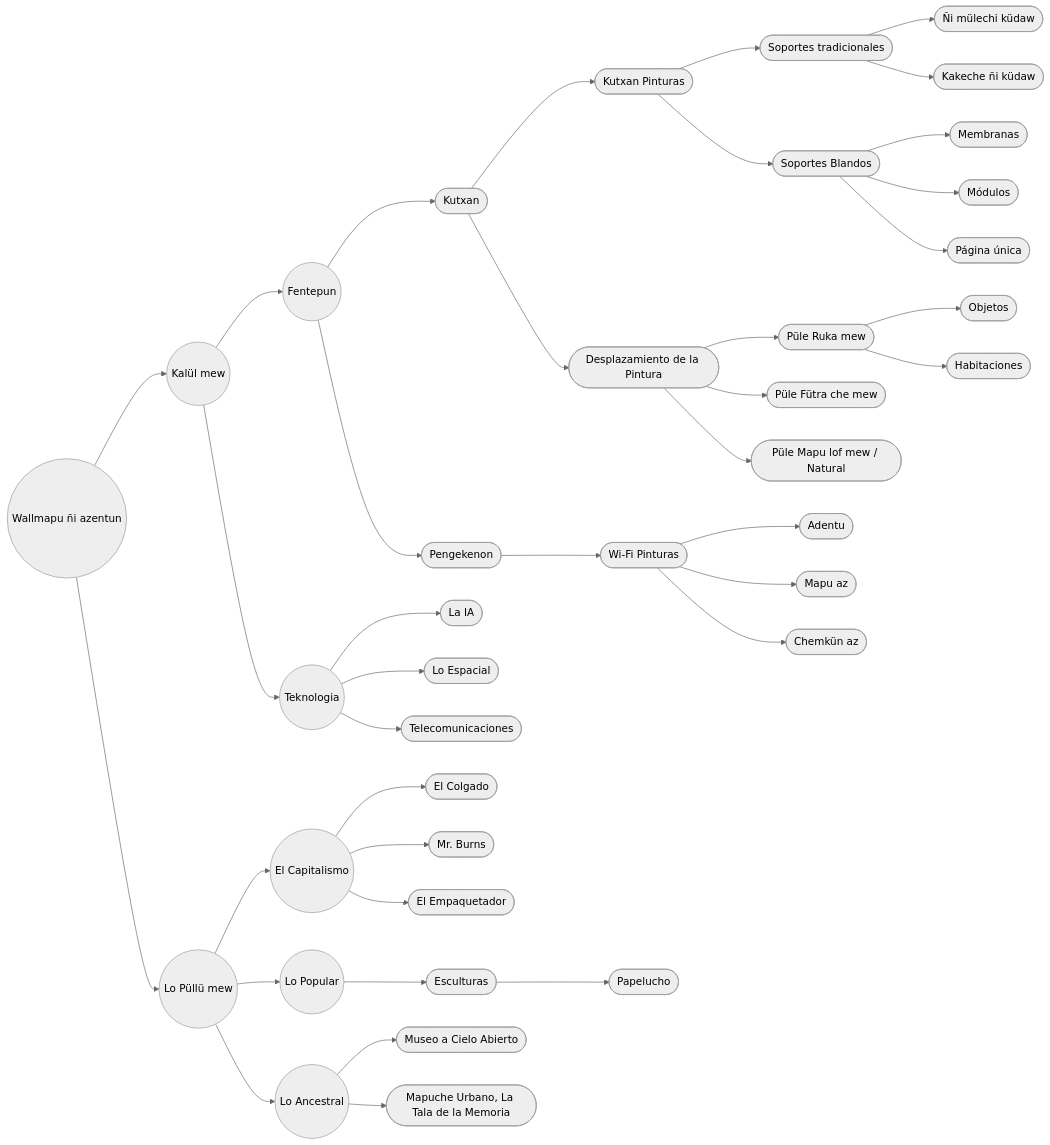
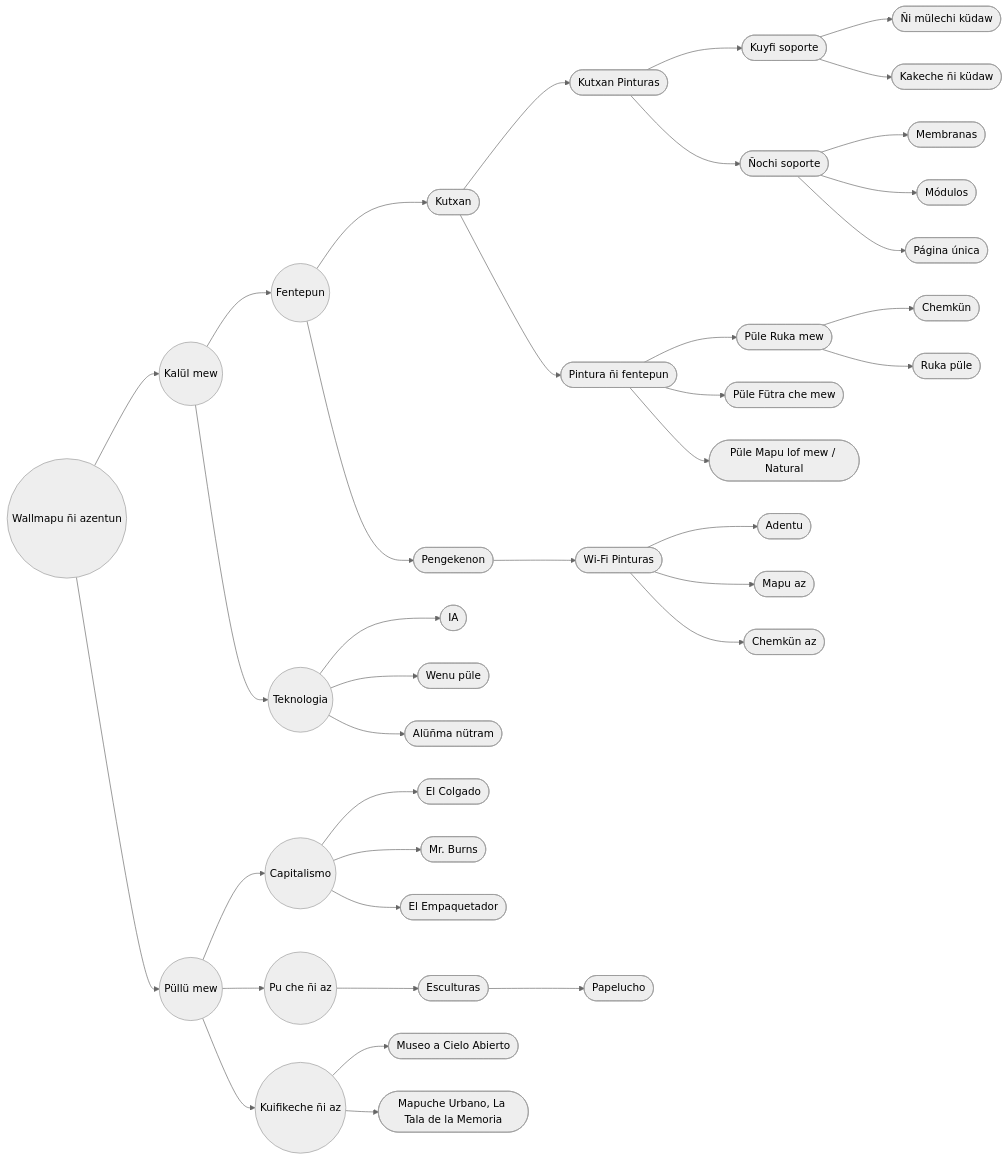
The first of 3 diagrams in MPD/diagrama.md (EGGS-Artesvisuales/EGGS-Artesvisuales.github.io), drawn with Mermaid (neutral theme) before and after one commit. The commit also changed other lines of this file and 9 other files, not shown here.

```diff
--- a/MPD/diagrama.md
+++ b/MPD/diagrama.md
@@ -26,13 +26,13 @@
 <div class="mermaid">
 graph LR
   A((Wallmapu ñi azentun)) --> A1((Kalül mew))
-  A --> A2((Lo Püllü mew))
+  A --> A2((Püllü mew))
 
   A1 --> A1a((Fentepun))
   A1a --> A1a1([Kutxan])
   A1a1 --> A1a1a([Kutxan Pinturas])
-  A1a1a --> A1a1a1([Soportes tradicionales])
-  A1a1a --> A1a1a2([Soportes Blandos])
+  A1a1a --> A1a1a1([Kuyfi soporte])
+  A1a1a --> A1a1a2([Ñochi soporte])
 
   %% HIJOS: Soportes tradicionales
   A1a1a1 --> ST_OP([Ñi mülechi küdaw])
@@ -43,14 +43,14 @@
   A1a1a2 --> SB_MOD([Módulos])
   A1a1a2 --> SB_PU([Página única])
 
-  A1a1 --> A1a1b([Desplazamiento de la Pintura])
+  A1a1 --> A1a1b([Pintura ñi fentepun])
   A1a1b --> A1a1b1([Püle Ruka mew])
   A1a1b --> A1a1b2([Püle Fütra che mew])
   A1a1b --> A1a1b3([Püle Mapu lof mew / Natural])
 
   %% HIJOS: Püle ruka mew
-  A1a1b1 --> ED_OBJ([Objetos])
-  A1a1b1 --> ED_HAB([Habitaciones])
+  A1a1b1 --> ED_OBJ([Chemkün])
+  A1a1b1 --> ED_HAB([Ruka püle])
 
   A1a --> A1a2([Pengekenon])
   A1a2 --> A1a2a([Wi-Fi Pinturas])
@@ -61,31 +61,31 @@
   A1a2a --> PW_BOD([Chemkün az])
 
   A1 --> A1b((Teknologia))
-  A1b --> A1b1([La IA])
-  A1b --> A1b2([Lo Espacial])
-  A1b --> A1b3([Telecomunicaciones])
+  A1b --> A1b1([IA])
+  A1b --> A1b2([Wenu püle])
+  A1b --> A1b3([Alüñma nütram])
 
-  A2 --> A2a((El Capitalismo))
+  A2 --> A2a((Capitalismo))
   A2a --> A2a1([El Colgado])
   A2a --> A2a2([Mr. Burns])
   A2a --> A2a3([El Empaquetador])
 
-  A2 --> A2b((Lo Popular))
+  A2 --> A2b((Pu che ñi az))
   A2b --> A2b1([Esculturas])
   A2b1 --> A2b1a([Papelucho])
 
-  A2 --> A2c((Lo Ancestral))
+  A2 --> A2c((Kuifikeche ñi az))
   A2c --> A2c1([Museo a Cielo Abierto])
   A2c --> A2c2([Mapuche Urbano, La Tala de la Memoria])
 
   %% Enlaces (existentes)
   click A "wallmapu-exterior.html" "Amun: Wallmapu ñi azentun"
   click A1 "tangible.html" "Amun: Kalül mew"
-  click A2 "intangible.html" "Amun: Lo Püllü mew"
+  click A2 "intangible.html" "Amun: Püllü mew"
   click A1a "saturacion.html" "Amun: Fentepun"
   click A1a1 "la-peste.html" "Amun: Kutxan"
   click A1a1a "/MPD/peste-pinturas-infectadas.html" "Amun: kutxan pinturas"
-  click A1a1b "desplazamiento-pintura.html" "Amun: Desplazamiento de la Pintura"
+  click A1a1b "desplazamiento-pintura.html" "Amun: Pintura ñi fentepun"
   click A1a1b1 "/MPD/espacio-domestico.html" "Amun: Püle Ruka mew"
   click A1a1b2 "/MPD/espacio-publico.html" "Amun: Püle Fütra che mew"
   click A1a1b3 "/MPD/espacio-rural.html" "Amun: Püle Mapu lof mew / Natural"
@@ -95,19 +95,19 @@
   %% Enlaces a secciones internas (anchors) ya existentes
 
   %% Kutxan Pinturas: Soportes tradicionales + hijos
-  click A1a1a1 "/MPD/peste-pinturas-infectadas.html#soportes-tradicionales" "Amun: Soportes tradicionales"
+  click A1a1a1 "/MPD/peste-pinturas-infectadas.html#soportes-tradicionales" "Amun: Kuyfi soporte"
   click ST_OP "/MPD/peste-pinturas-infectadas.html#producciones" "Amun: Ñi mülechi küdaw"
   click ST_OA "/MPD/peste-pinturas-infectadas.html#intervenciones" "Amun: Kakeche ñi küdaw"
 
   %% Kutxan Pinturas: Soportes blandos + hijos
-  click A1a1a2 "/MPD/peste-pinturas-infectadas.html#soportes-blandos" "Amun: Soportes blandos"
+  click A1a1a2 "/MPD/peste-pinturas-infectadas.html#soportes-blandos" "Amun: Ñochi soporte"
   click SB_MEM "/MPD/peste-pinturas-infectadas.html#membranas" "Amun: Membranas"
   click SB_MOD "/MPD/peste-pinturas-infectadas.html#modulos" "Amun: Módulos"
   click SB_PU "/MPD/peste-pinturas-infectadas.html#unidades" "Amun: Página única"
 
   %% Püle ruka mew: Objetos / Habitaciones
-  click ED_OBJ "/MPD/espacio-domestico.html#objetos" "Amun: Objetos"
-  click ED_HAB "/MPD/espacio-domestico.html#habitaciones" "Amun: Habitaciones"
+  click ED_OBJ "/MPD/espacio-domestico.html#objetos" "Amun: Chemkün"
+  click ED_HAB "/MPD/espacio-domestico.html#habitaciones" "Amun: Ruka püle"
 
   %% Wi-Fi Pinturas: página + secciones
   click A1a2a "/MPD/pinturas-wifi.html" "Amun: Wi-Fi Pinturas"
```
